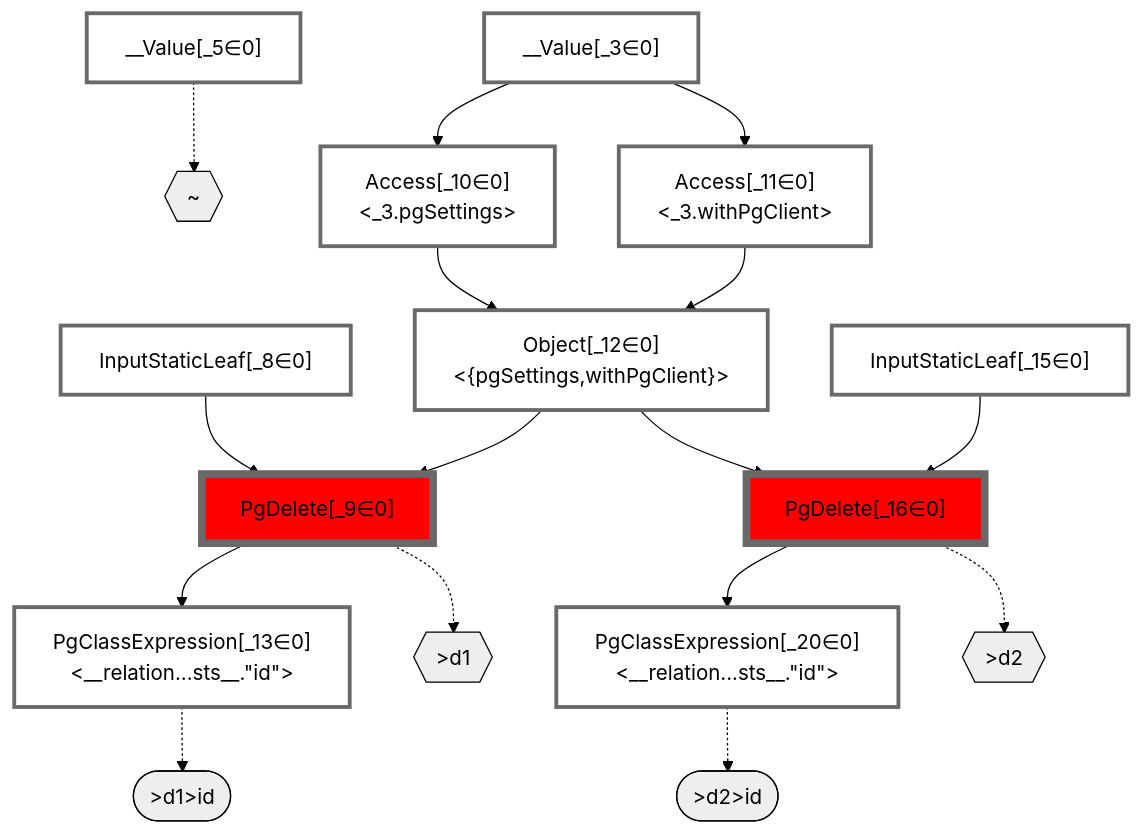
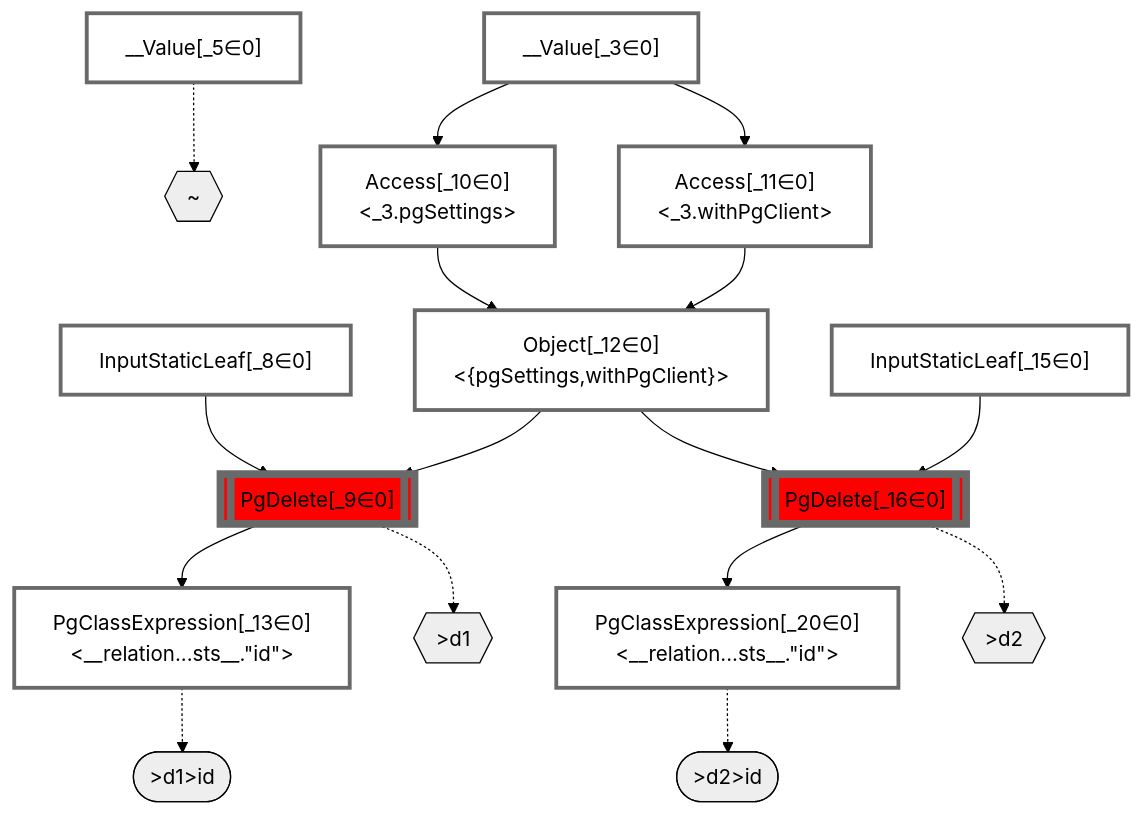
Before and after one commit to graphile/crystal: the diagram in packages/dataplan-pg/__tests__/mutations/basics/delete-relational-post-no-computed.deopt.mermaid.md, drawn with Mermaid (forest theme). The commit also changed 195 other files, not shown here.

````diff
--- a/packages/dataplan-pg/__tests__/mutations/basics/delete-relational-post-no-computed.deopt.mermaid.md
+++ b/packages/dataplan-pg/__tests__/mutations/basics/delete-relational-post-no-computed.deopt.mermaid.md
@@ -1,55 +1,55 @@
 ```mermaid
 graph TD
     classDef path fill:#eee,stroke:#000,color:#000
     classDef plan fill:#fff,stroke-width:3px,color:#000
     classDef itemplan fill:#fff,stroke-width:6px,color:#000
     classDef sideeffectplan fill:#f00,stroke-width:6px,color:#000
 
     %% subgraph fields
     P1{{"~"}}:::path
     P2{{">d1"}}:::path
     P3([">d1>id"]):::path
     %% P2 -.-> P3
     %% P1 -.-> P2
     P4{{">d2"}}:::path
     P5([">d2>id"]):::path
     %% P4 -.-> P5
     %% P1 -.-> P4
     %% end
 
     %% define plans
     __Value_3["__Value[_3∈0]<br /><context>"]:::plan
     __Value_5["__Value[_5∈0]<br /><rootValue>"]:::plan
     InputStaticLeaf_8["InputStaticLeaf[_8∈0]"]:::plan
-    PgDelete_9["PgDelete[_9∈0]"]:::sideeffectplan
+    PgDelete_9[["PgDelete[_9∈0]"]]:::sideeffectplan
     Access_10["Access[_10∈0]<br /><_3.pgSettings>"]:::plan
     Access_11["Access[_11∈0]<br /><_3.withPgClient>"]:::plan
     Object_12["Object[_12∈0]<br /><{pgSettings,withPgClient}>"]:::plan
     PgClassExpression_13["PgClassExpression[_13∈0]<br /><__relation...sts__.#quot;id#quot;>"]:::plan
     InputStaticLeaf_15["InputStaticLeaf[_15∈0]"]:::plan
-    PgDelete_16["PgDelete[_16∈0]"]:::sideeffectplan
+    PgDelete_16[["PgDelete[_16∈0]"]]:::sideeffectplan
     PgClassExpression_20["PgClassExpression[_20∈0]<br /><__relation...sts__.#quot;id#quot;>"]:::plan
 
     %% plan dependencies
     Object_12 --> PgDelete_9
     InputStaticLeaf_8 --> PgDelete_9
     __Value_3 --> Access_10
     __Value_3 --> Access_11
     Access_10 --> Object_12
     Access_11 --> Object_12
     PgDelete_9 --> PgClassExpression_13
     Object_12 --> PgDelete_16
     InputStaticLeaf_15 --> PgDelete_16
     PgDelete_16 --> PgClassExpression_20
 
     %% plan-to-path relationships
     __Value_5 -.-> P1
     PgDelete_9 -.-> P2
     PgClassExpression_13 -.-> P3
     PgDelete_16 -.-> P4
     PgClassExpression_20 -.-> P5
 
     %% allocate buckets
     classDef bucket0 stroke:#696969
     class __Value_3,__Value_5,InputStaticLeaf_8,PgDelete_9,Access_10,Access_11,Object_12,PgClassExpression_13,InputStaticLeaf_15,PgDelete_16,PgClassExpression_20 bucket0
 ```
````
